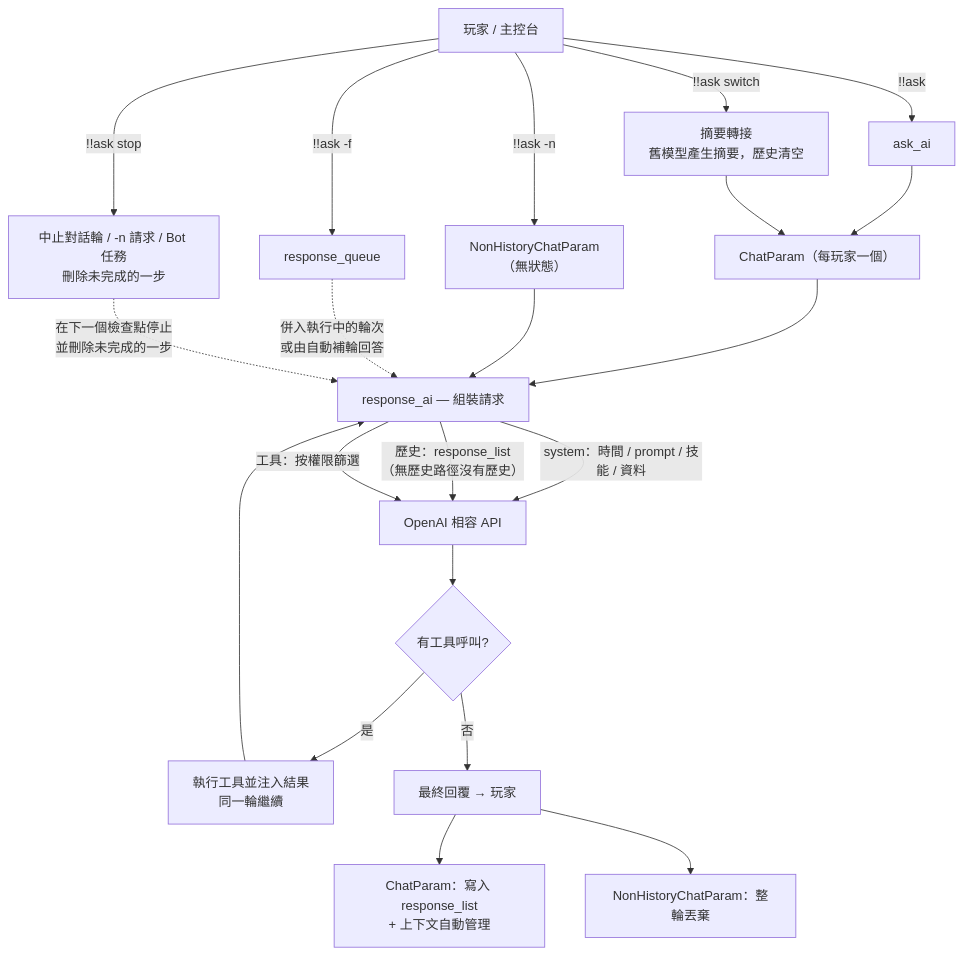
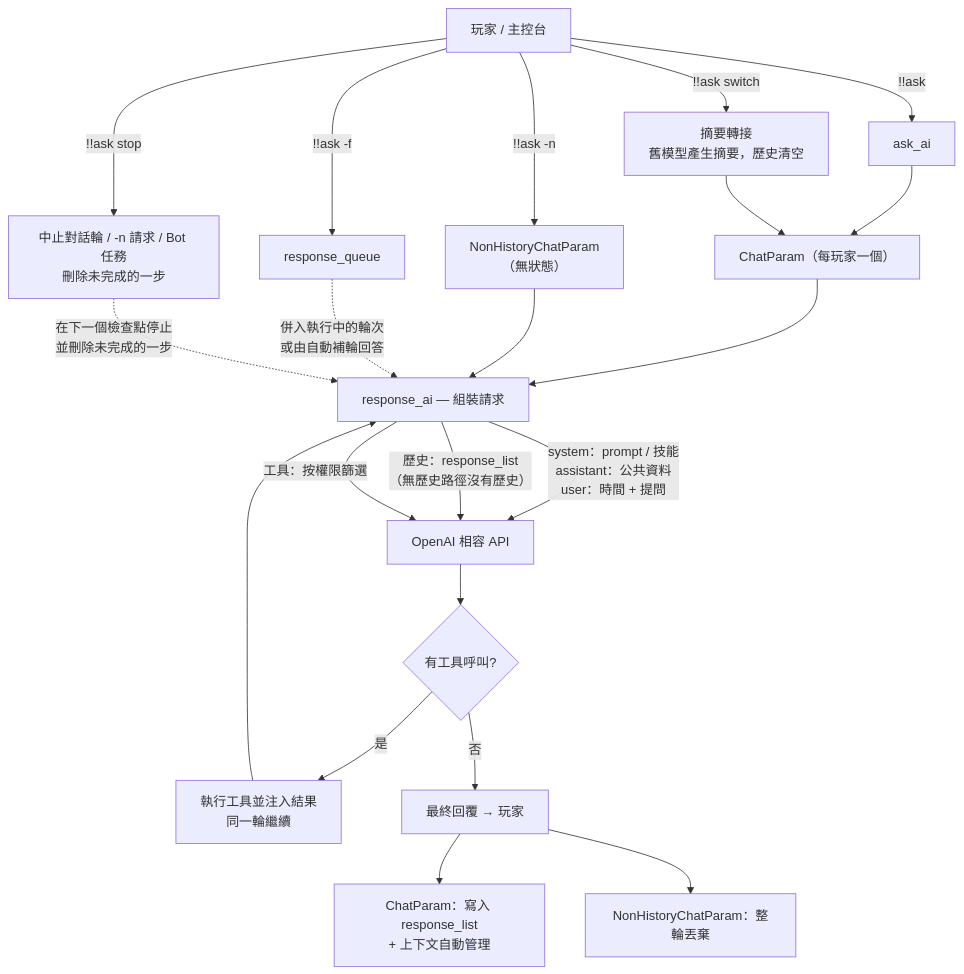
The diagram in docs/zh_tw/ai-request-pipeline.md (PengZixuan30/Games_AI), drawn with Mermaid before and after one commit. The commit also changed other lines of this file and 12 other files, not shown here.

````diff
--- a/docs/zh_tw/ai-request-pipeline.md
+++ b/docs/zh_tw/ai-request-pipeline.md
@@ -26,26 +27,26 @@
 ```mermaid
 flowchart TD
     U["玩家 / 主控台"] -->|"!!ask <content>"| ASK["ask_ai"]
     U -->|"!!ask -n <content>"| NOH["NonHistoryChatParam<br/>（無狀態）"]
     U -->|"!!ask -f <content>"| QUEUE["response_queue"]
     U -->|"!!ask switch <model>"| SWITCH["摘要轉接<br/>舊模型產生摘要，歷史清空"]
     U -->|"!!ask stop"| STOP["中止對話輪 / -n 請求 / Bot 任務<br/>刪除未完成的一步"]
 
     ASK --> CP["ChatParam（每玩家一個）"]
     CP --> BUILD["response_ai — 組裝請求"]
     NOH --> BUILD
-    BUILD -->|"system：時間 / prompt / 技能 / 資料"| API
+    BUILD -->|"system：prompt / 技能<br/>assistant：公共資料<br/>user：時間 + 提問"| API
     BUILD -->|"歷史：response_list<br/>（無歷史路徑沒有歷史）"| API
     BUILD -->|"工具：按權限篩選"| API
 
     API["OpenAI 相容 API"] --> TOOLCALL{"有工具呼叫?"}
     TOOLCALL -->|"是"| TOOL["執行工具並注入結果<br/>同一輪繼續"]
     TOOL --> BUILD
     TOOLCALL -->|"否"| REPLY["最終回覆 → 玩家"]
     REPLY --> SAVE["ChatParam：寫入 response_list<br/>+ 上下文自動管理"]
     REPLY --> DROP["NonHistoryChatParam：整輪丟棄"]
 
     QUEUE -.->|"併入執行中的輪次<br/>或由自動補輪回答"| BUILD
     SWITCH --> CP
     STOP -.->|"在下一個檢查點停止<br/>並刪除未完成的一步"| BUILD
 ```
````
